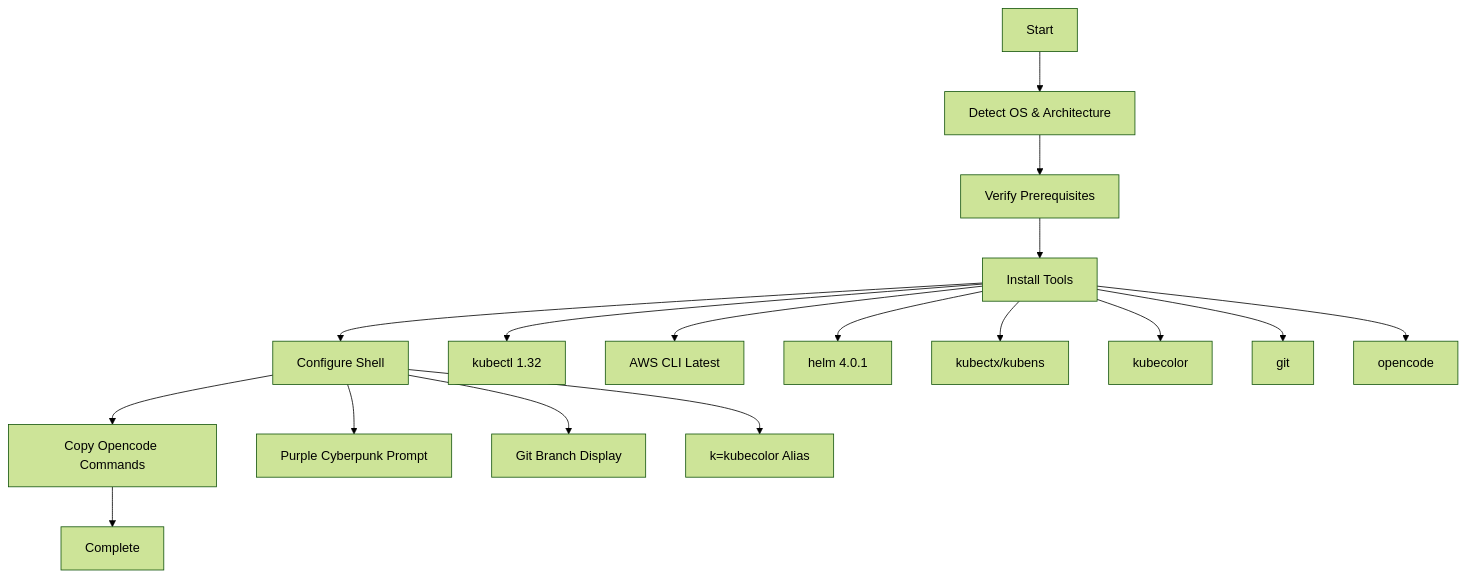
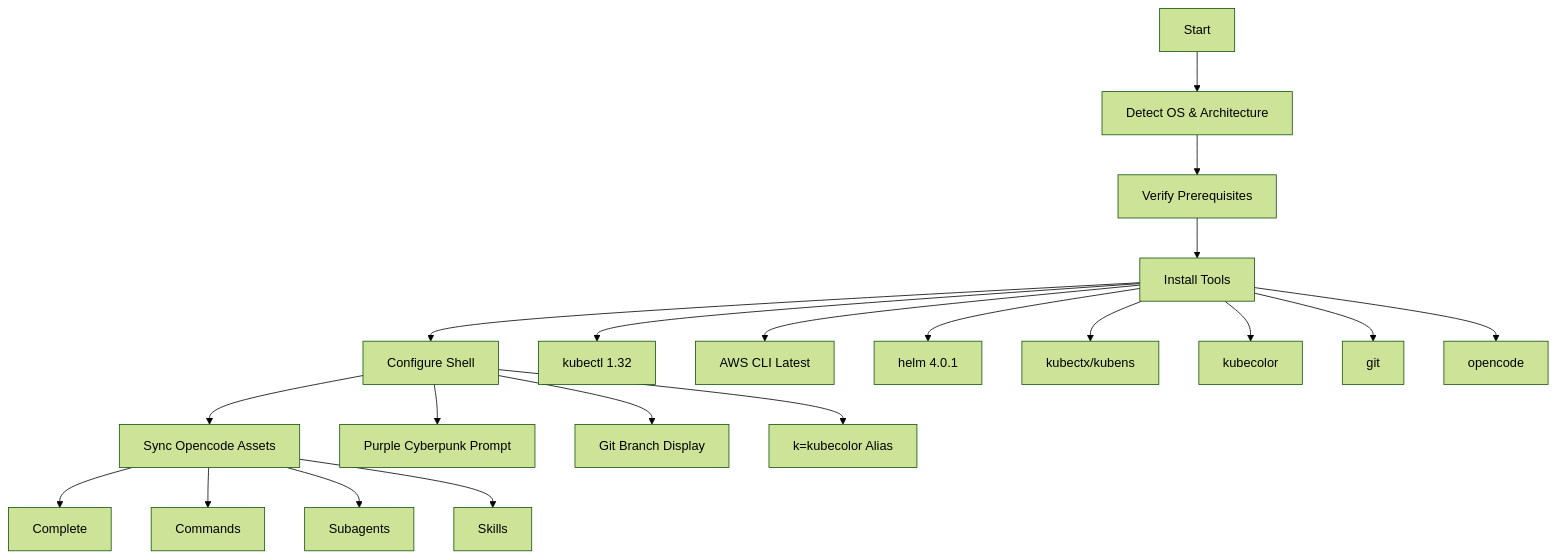
One commit to eugene-burachevskiy/remote-shell-setup changed the first of 2 diagrams in docs/ai/design/feature-remote-shell-setup.md. Above: the diagram before and after it, drawn with Mermaid (forest theme). The commit also changed other lines of this file and 85 other files, not shown here.

Commit message:
big update for skills and subagents

````diff
--- a/docs/ai/design/feature-remote-shell-setup.md
+++ b/docs/ai/design/feature-remote-shell-setup.md
@@ -15,21 +15,25 @@
 ```mermaid
 flowchart TD
     A[Start] --> B[Detect OS & Architecture]
     B --> C[Verify Prerequisites]
     C --> D[Install Tools]
     D --> E[Configure Shell]
-    E --> F[Copy Opencode Commands]
+    E --> F[Sync Opencode Assets]
     F --> G[Complete]
     
     D --> D1[kubectl 1.32]
     D --> D2[AWS CLI Latest]
     D --> D3[helm 4.0.1]
     D --> D4[kubectx/kubens]
     D --> D5[kubecolor]
     D --> D6[git]
     D --> D7[opencode]
     
     E --> E1[Purple Cyberpunk Prompt]
     E --> E2[Git Branch Display]
     E --> E3[k=kubecolor Alias]
+
+    F --> F1[Commands]
+    F --> F2[Subagents]
+    F --> F3[Skills]
 ```
````
